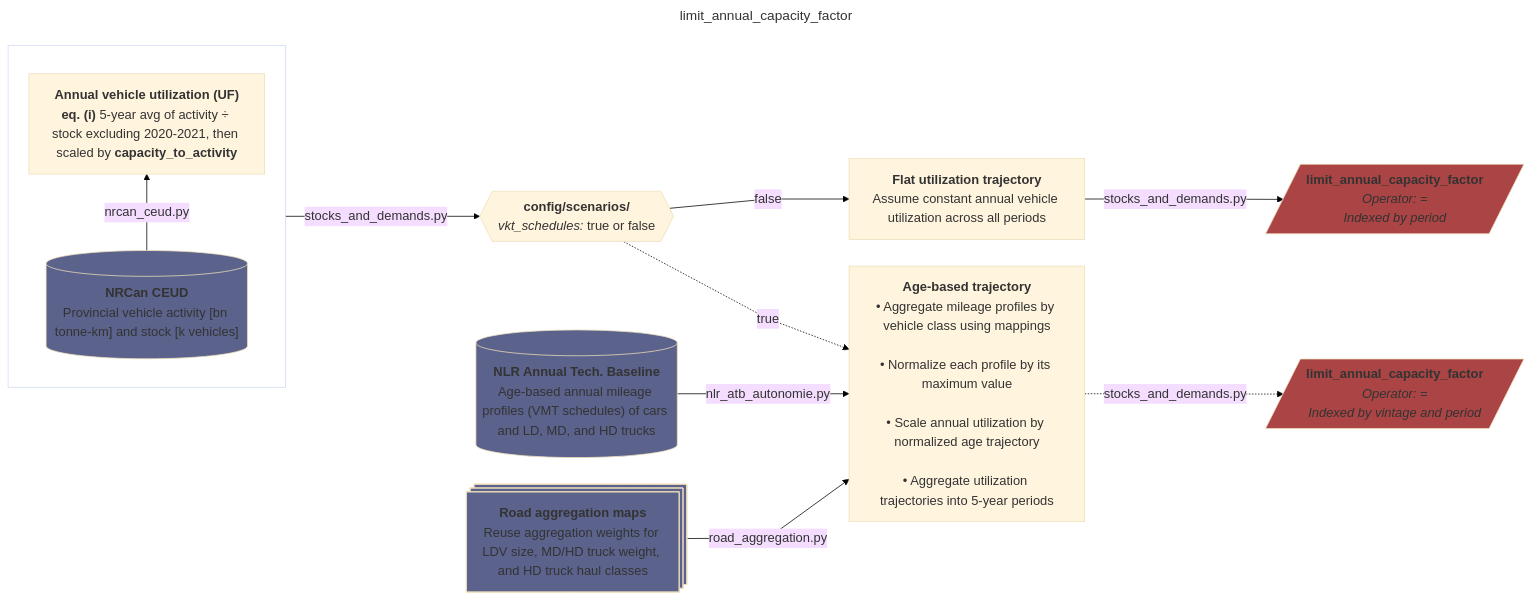
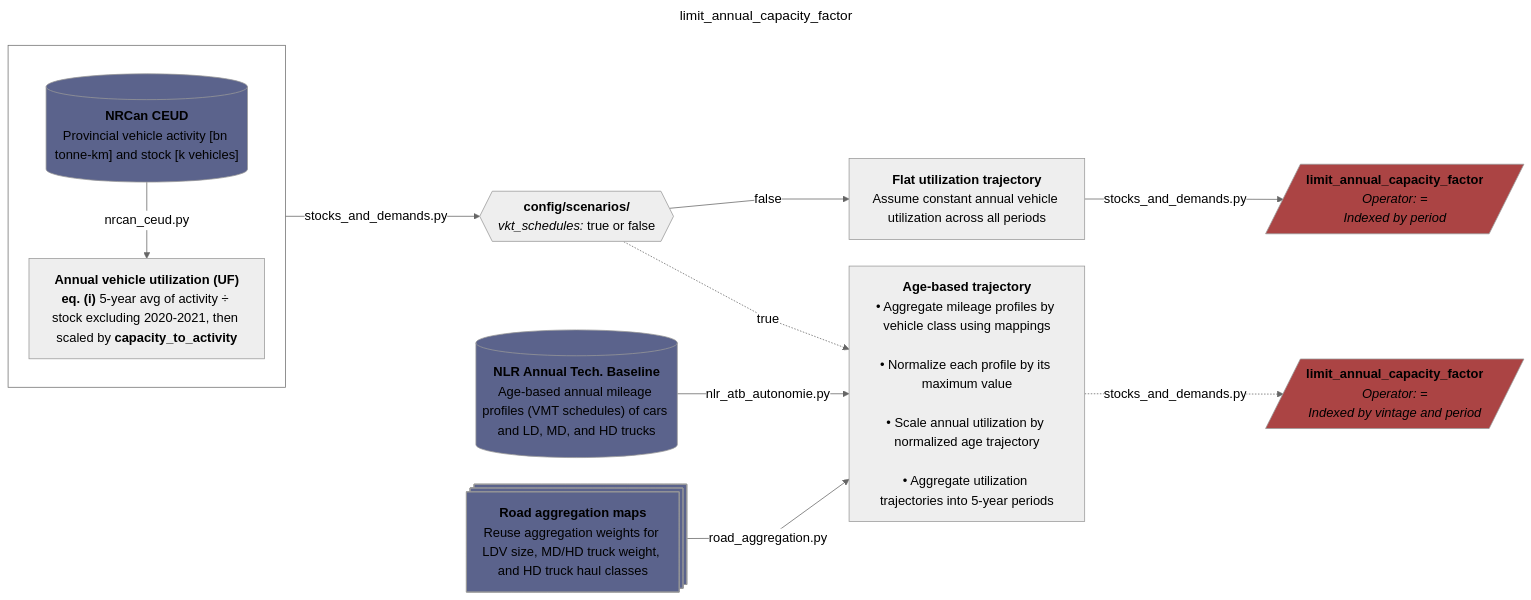
The fifth of 9 diagrams in README.md (CANOE-main/canoe-transportation), drawn with Mermaid before and after one commit. The commit also changed other lines of this file and 1 other file, not shown here.

Commit message:
Testing white canvas as background for flowcharts

````diff
--- a/README.md
+++ b/README.md
@@ -321,59 +318,57 @@
 ```mermaid
 ---
 title: limit_annual_capacity_factor
 config:
   layout: dagre
-  theme: base
+  theme: neutral
   themeVariables:
-    background: "#ffffff"
-    darkMode: false
     fontSize: 17px
   flowchart:
     nodeSpacing: 35
     rankSpacing: 50
     wrappingWidth: 250
     curve: linear
 ---
 flowchart LR
   %% --- Sources ---
   s0[("`**NRCan CEUD**<br>Provincial vehicle activity [bn tonne-km] and stock [k vehicles]`")]
   s1[("`**NLR Annual Tech. Baseline**<br>Age-based annual mileage profiles (VMT schedules) of cars and LD, MD, and HD trucks`")]
   s2@{shape: processes, label: "**Road aggregation maps**<br>Reuse aggregation weights for LDV size, MD/HD truck weight, and HD truck haul classes"}
   
   %% --- Processes ---
   subgraph utilization[" "]
-	  direction BT
+	  direction TB
 	  p0["`**Annual vehicle utilization (UF)**<br>**eq. (i)** 5-year avg of activity ÷ stock excluding 2020-2021, then scaled by **capacity_to_activity**`"]
 	  s0 -- nrcan_ceud.py --> p0
   end
   style utilization fill:transparent,color:transparent
     
   p1@{shape: hex, label: "**config/scenarios/**<br>*vkt_schedules:* true or false"}
   utilization -- stocks_and_demands.py --> p1
     
   p2["`**Flat utilization trajectory**<br>Assume constant annual vehicle utilization across all periods`"]
   p1 -- false --> p2
   
   o1[/"`**limit_annual_capacity_factor**<br>*Operator: =*<br>*Indexed by period*`"/]
   p2 -- stocks_and_demands.py --> o1
   
   p3["`**Age-based trajectory**<br>• Aggregate mileage profiles by vehicle class using mappings<br><br>• Normalize each profile by its maximum value<br><br>• Scale annual utilization by normalized age trajectory<br><br>• Aggregate utilization trajectories into 5-year periods`"]
   p1 -. true .-> p3
   s1 -- nlr_atb_autonomie.py --> p3
   s2 -- road_aggregation.py --> p3
   
   o2[/"`**limit_annual_capacity_factor**<br>*Operator: =*<br>*Indexed by vintage and period*`"/]
   p3 -. "stocks_and_demands.py" .-> o2
   
   %% --- Styling ---
   classDef database fill:#5b638c
   classDef doc fill:#608c5b
   classDef output fill:#ab4444
 
   class s0,s1,s2,s3 database;
   class o1,o2 output;
 
   %% --- Hyperlinks ---
   click s0 "https://oee.nrcan.gc.ca/corporate/statistics/neud/dpa/menus/trends/comprehensive_tables/list.cfm"
   click s1 "https://atb.nlr.gov/transportation/2024/data"
 ```
````
